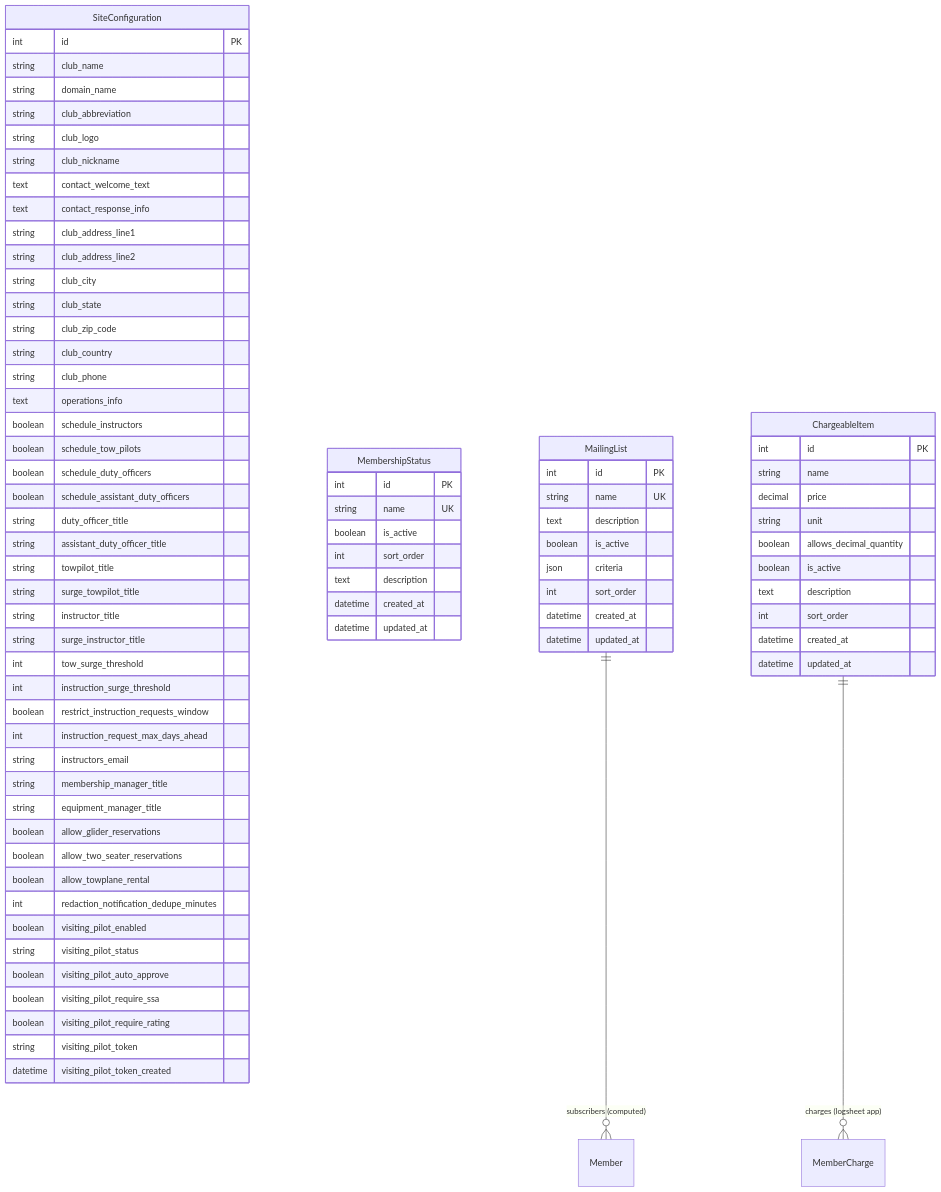
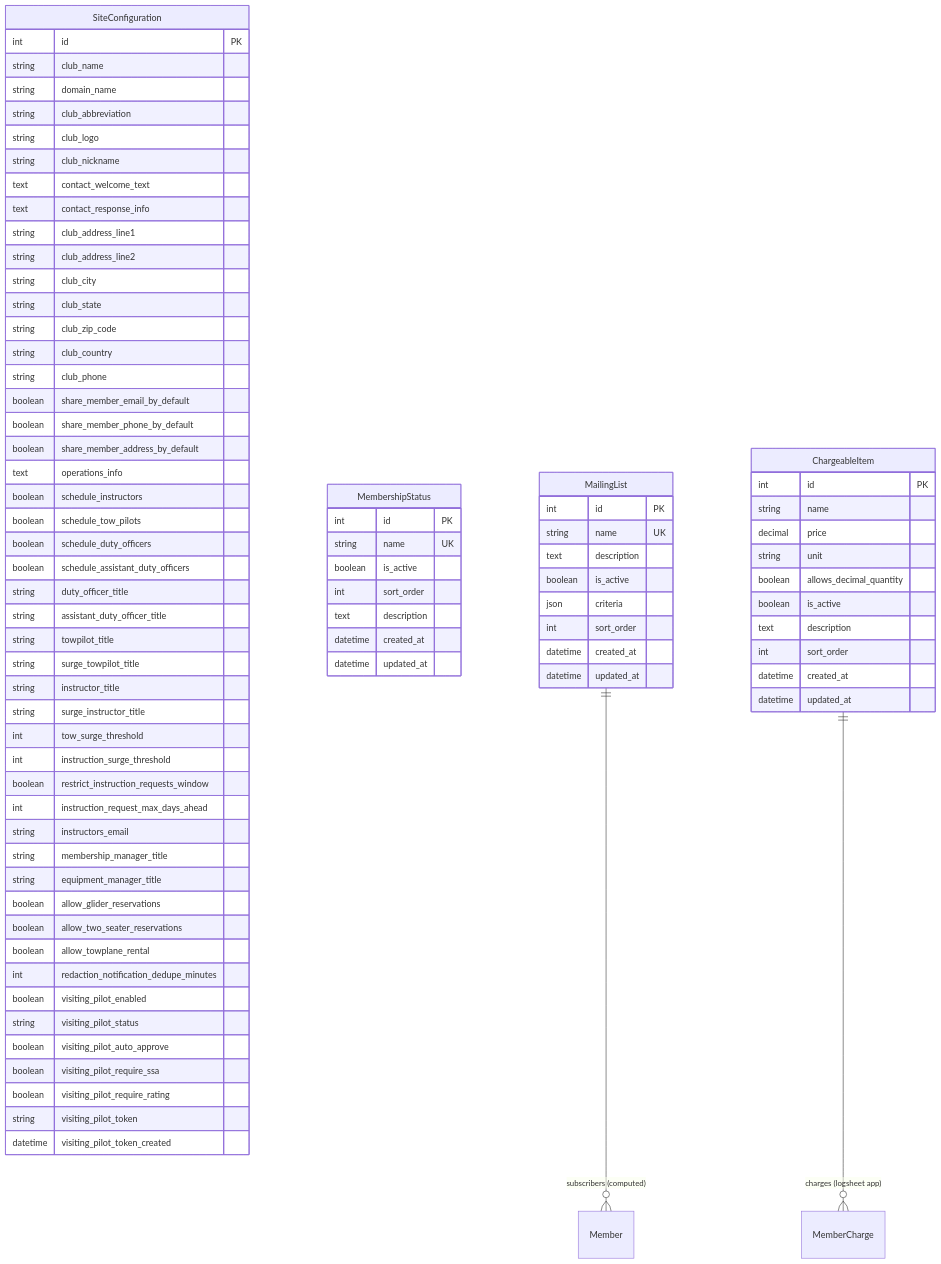
Before and after one commit to pietbarber/Manage2Soar: the diagram in siteconfig/docs/models.md, drawn with Mermaid. The commit also changed other lines of this file and 5 other files, not shown here.

```diff
--- a/siteconfig/docs/models.md
+++ b/siteconfig/docs/models.md
@@ -24,6 +24,9 @@
         string club_zip_code
         string club_country
         string club_phone
+        boolean share_member_email_by_default
+        boolean share_member_phone_by_default
+        boolean share_member_address_by_default
         text operations_info
         boolean schedule_instructors
         boolean schedule_tow_pilots
```
